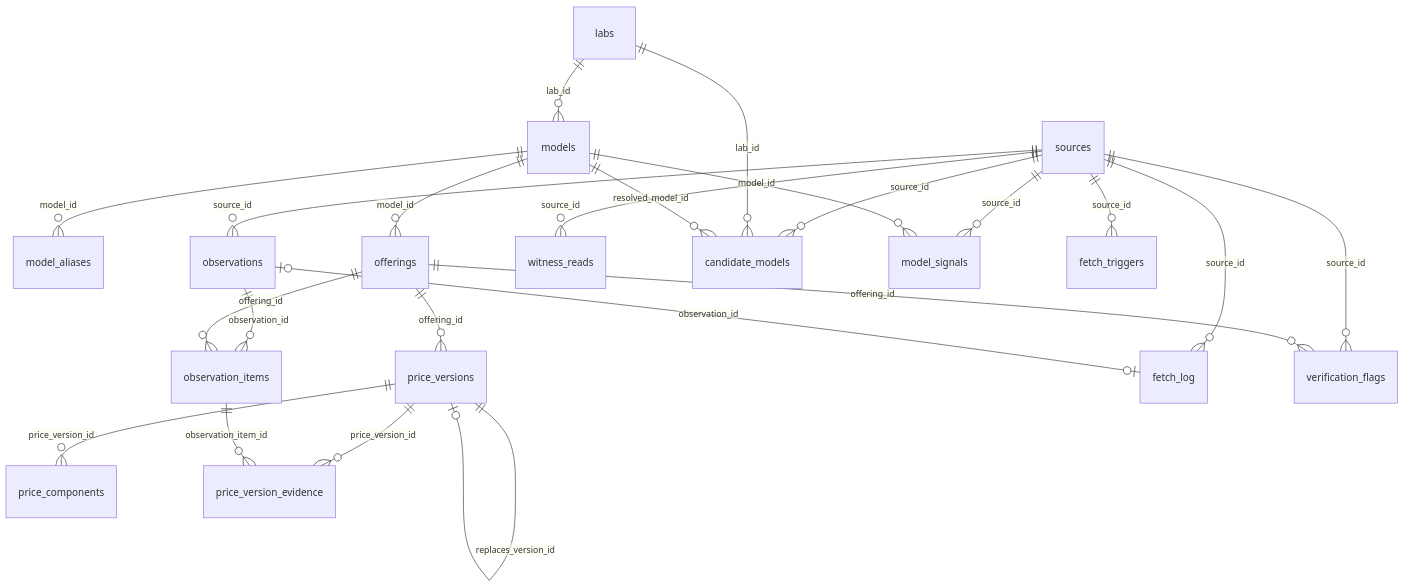
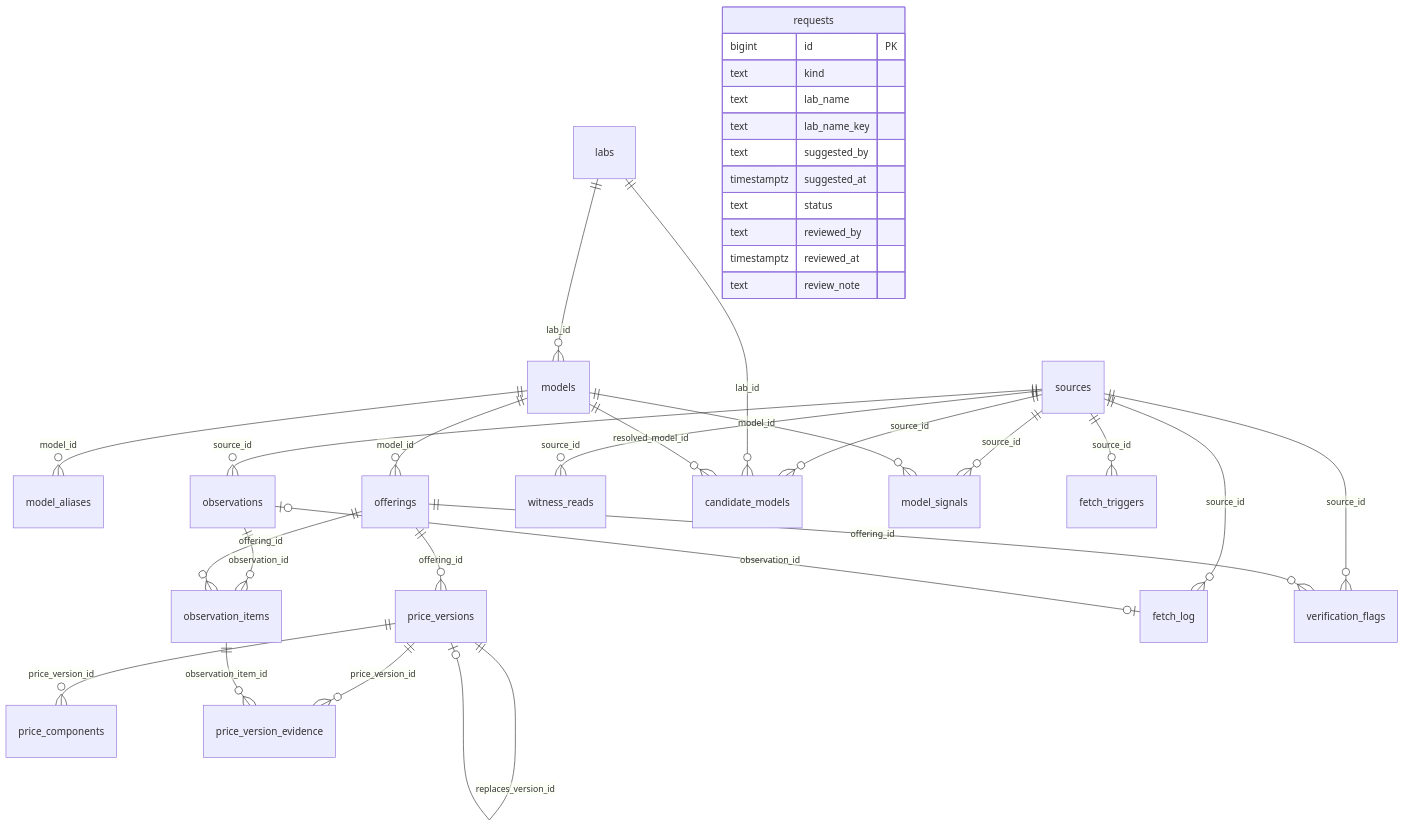
The diagram in docs/price-tables.md (theidlebranch/priceTrail), drawn with Mermaid before and after one commit. The commit also changed other lines of this file and 31 other files, not shown here.

Commit message:
Add a public labs page and lab suggestions, so a reviewer can accept a name without starting to track that lab.

````diff
--- a/docs/price-tables.md
+++ b/docs/price-tables.md
@@ -11,25 +11,37 @@
 ```mermaid
 erDiagram
   labs ||--o{ models : "lab_id"
   models ||--o{ model_aliases : "model_id"
   models ||--o{ offerings : "model_id"
   offerings ||--o{ price_versions : "offering_id"
   price_versions ||--o{ price_components : "price_version_id"
   price_versions ||--o| price_versions : "replaces_version_id"
   price_versions ||--o{ price_version_evidence : "price_version_id"
   observation_items ||--o{ price_version_evidence : "observation_item_id"
   sources ||--o{ observations : "source_id"
   sources ||--o{ fetch_log : "source_id"
   observations |o--o| fetch_log : "observation_id"
   observations ||--o{ observation_items : "observation_id"
   offerings ||--o{ observation_items : "offering_id"
   sources ||--o{ witness_reads : "source_id"
   sources ||--o{ verification_flags : "source_id"
   offerings ||--o{ verification_flags : "offering_id"
   sources ||--o{ candidate_models : "source_id"
   labs ||--o{ candidate_models : "lab_id"
   models ||--o{ candidate_models : "resolved_model_id"
   sources ||--o{ model_signals : "source_id"
   models ||--o{ model_signals : "model_id"
   sources ||--o{ fetch_triggers : "source_id"
+  requests {
+    bigint id PK
+    text kind
+    text lab_name
+    text lab_name_key
+    text suggested_by
+    timestamptz suggested_at
+    text status
+    text reviewed_by
+    timestamptz reviewed_at
+    text review_note
+  }
 ```
````
